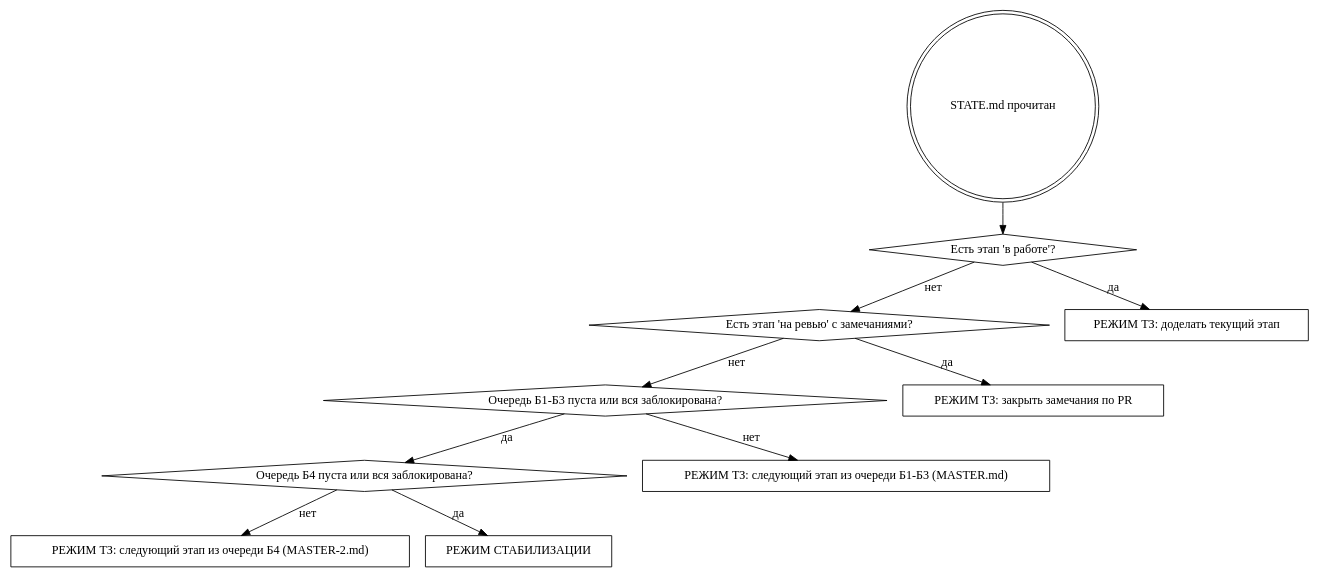
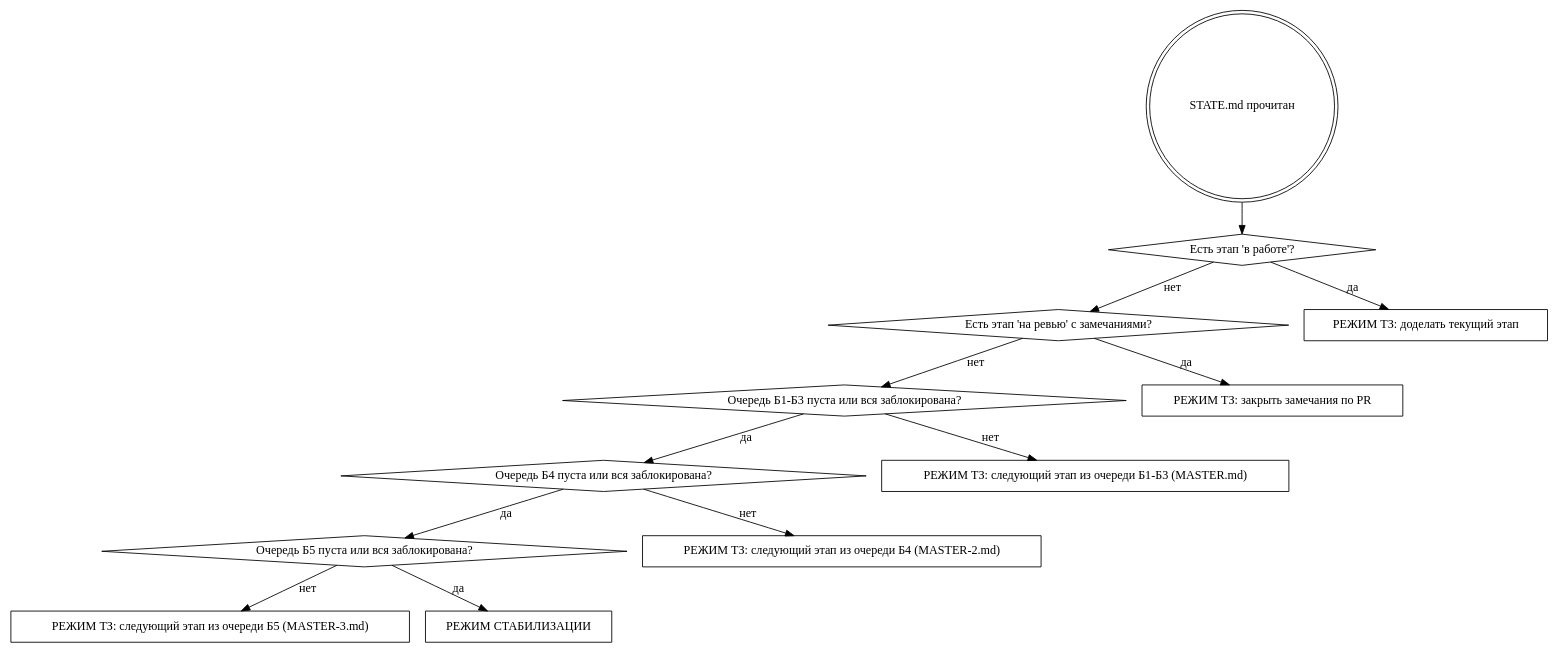
One commit to aiprocadm/bigfin changed the diagram in docs/tz/CONTINUE.md. Above: the diagram before and after it, drawn with Graphviz. The commit also changed other lines of this file and 6 other files, not shown here.

````diff
--- a/docs/tz/CONTINUE.md
+++ b/docs/tz/CONTINUE.md
@@ -61,24 +62,28 @@
 ```dot
 digraph mode {
   "STATE.md прочитан" [shape=doublecircle];
   "Есть этап 'в работе'?" [shape=diamond];
   "Есть этап 'на ревью' с замечаниями?" [shape=diamond];
   "Очередь Б1-Б3 пуста или вся заблокирована?" [shape=diamond];
   "Очередь Б4 пуста или вся заблокирована?" [shape=diamond];
+  "Очередь Б5 пуста или вся заблокирована?" [shape=diamond];
   "РЕЖИМ ТЗ: доделать текущий этап" [shape=box];
   "РЕЖИМ ТЗ: закрыть замечания по PR" [shape=box];
   "РЕЖИМ ТЗ: следующий этап из очереди Б1-Б3 (MASTER.md)" [shape=box];
   "РЕЖИМ ТЗ: следующий этап из очереди Б4 (MASTER-2.md)" [shape=box];
+  "РЕЖИМ ТЗ: следующий этап из очереди Б5 (MASTER-3.md)" [shape=box];
   "РЕЖИМ СТАБИЛИЗАЦИИ" [shape=box];
 
   "STATE.md прочитан" -> "Есть этап 'в работе'?";
   "Есть этап 'в работе'?" -> "РЕЖИМ ТЗ: доделать текущий этап" [label="да"];
   "Есть этап 'в работе'?" -> "Есть этап 'на ревью' с замечаниями?" [label="нет"];
   "Есть этап 'на ревью' с замечаниями?" -> "РЕЖИМ ТЗ: закрыть замечания по PR" [label="да"];
   "Есть этап 'на ревью' с замечаниями?" -> "Очередь Б1-Б3 пуста или вся заблокирована?" [label="нет"];
   "Очередь Б1-Б3 пуста или вся заблокирована?" -> "РЕЖИМ ТЗ: следующий этап из очереди Б1-Б3 (MASTER.md)" [label="нет"];
   "Очередь Б1-Б3 пуста или вся заблокирована?" -> "Очередь Б4 пуста или вся заблокирована?" [label="да"];
   "Очередь Б4 пуста или вся заблокирована?" -> "РЕЖИМ ТЗ: следующий этап из очереди Б4 (MASTER-2.md)" [label="нет"];
-  "Очередь Б4 пуста или вся заблокирована?" -> "РЕЖИМ СТАБИЛИЗАЦИИ" [label="да"];
+  "Очередь Б4 пуста или вся заблокирована?" -> "Очередь Б5 пуста или вся заблокирована?" [label="да"];
+  "Очередь Б5 пуста или вся заблокирована?" -> "РЕЖИМ ТЗ: следующий этап из очереди Б5 (MASTER-3.md)" [label="нет"];
+  "Очередь Б5 пуста или вся заблокирована?" -> "РЕЖИМ СТАБИЛИЗАЦИИ" [label="да"];
 }
 ```
````
